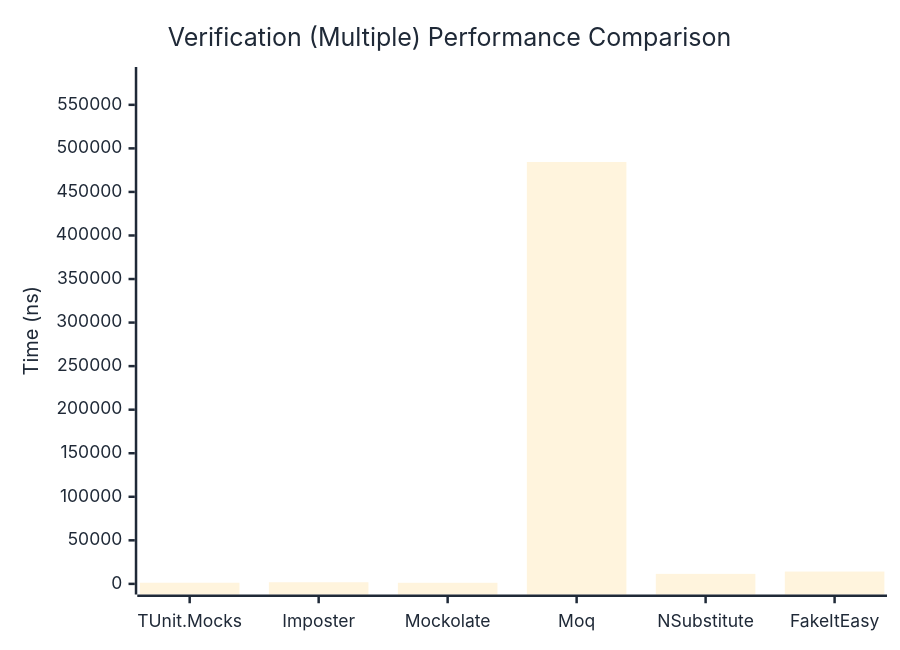
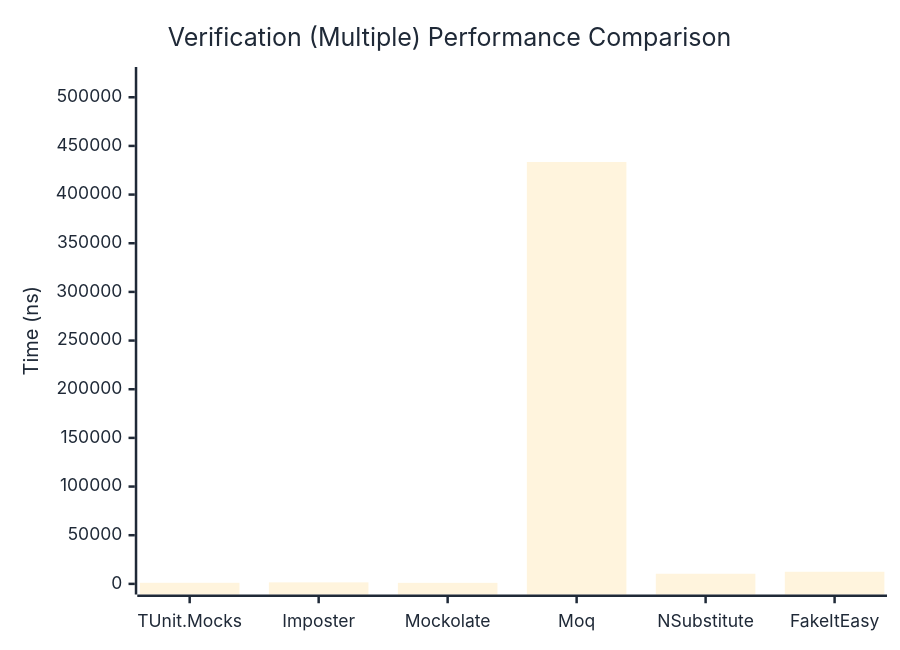
The third of 3 diagrams in docs/docs/benchmarks/mocks/Verification.md (thomhurst/TUnit), drawn with Mermaid before and after one commit. The commit also changed other lines of this file and 14 other files, not shown here.

````diff
--- a/docs/docs/benchmarks/mocks/Verification.md
+++ b/docs/docs/benchmarks/mocks/Verification.md
@@ -112,27 +112,27 @@
 ```mermaid
 %%{init: {
   'theme':'base',
   'themeVariables': {
     'primaryColor': '#2563eb',
     'primaryTextColor': '#1f2937',
     'primaryBorderColor': '#1e40af',
     'lineColor': '#6b7280',
     'secondaryColor': '#7c3aed',
     'tertiaryColor': '#dc2626',
     'background': '#ffffff',
     'pie1': '#2563eb',
     'pie2': '#7c3aed',
     'pie3': '#dc2626',
     'pie4': '#f59e0b',
     'pie5': '#10b981',
     'pie6': '#06b6d4',
     'pie7': '#ec4899',
     'pie8': '#6366f1'
   }
 }}%%
 xychart-beta
   title "Verification (Multiple) Performance Comparison"
   x-axis ["TUnit.Mocks", "Imposter", "Mockolate", "Moq", "NSubstitute", "FakeItEasy"]
-  y-axis "Time (ns)" 0 --> 581227
-  bar [1316.24, 1867.1, 1242.72, 484355.68, 11469.88, 14146.45]
+  y-axis "Time (ns)" 0 --> 520173
+  bar [1123.15, 1568.51, 1048.82, 433476.81, 10403.5, 12452.53]
 ```
````
